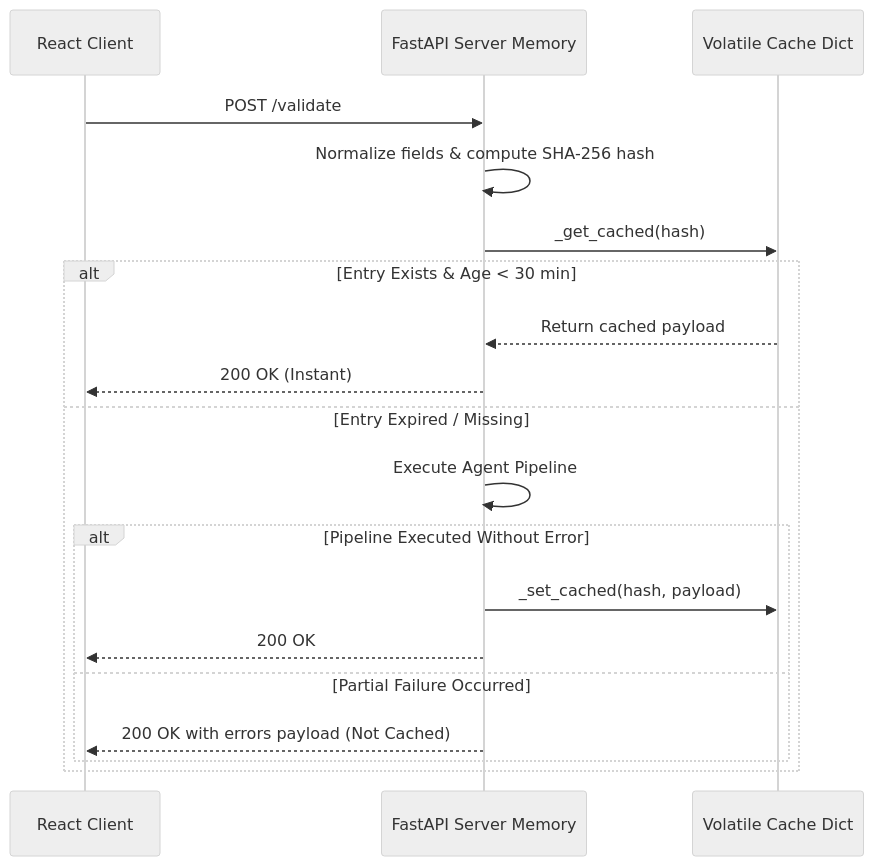
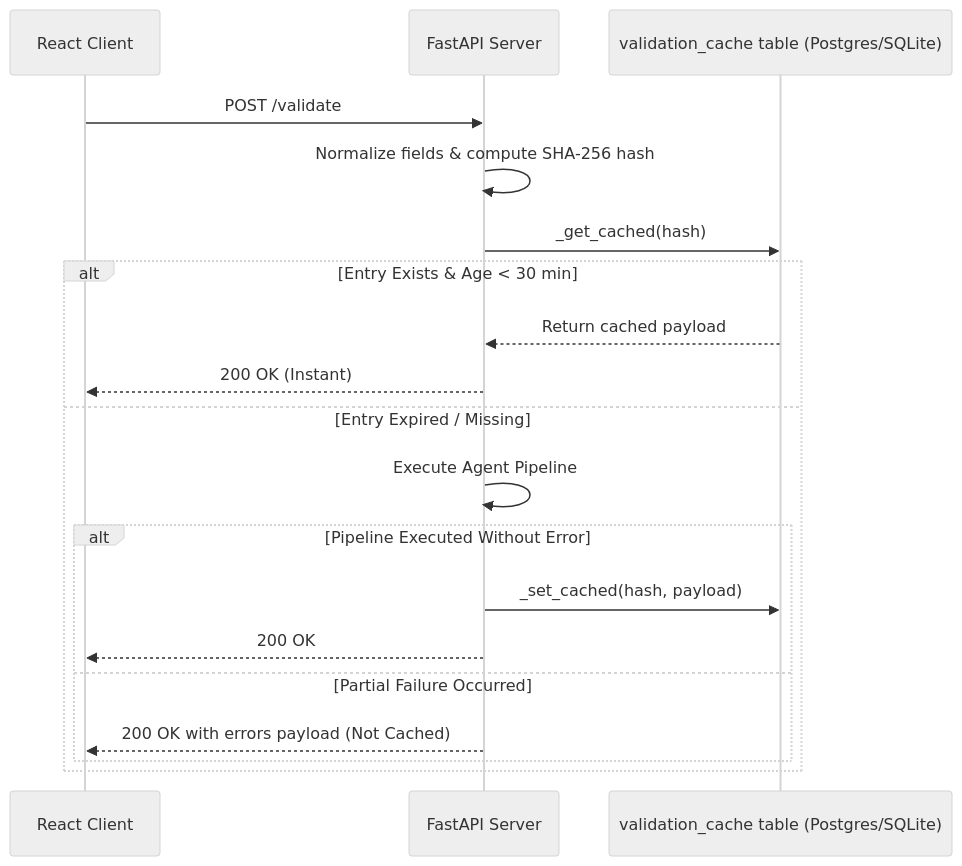
Before and after one commit to Yasaswini-ch/Development-of-AI-Based-Startup-Idea-Validator-with-Market-Analysis-Assistance: the fourth of 11 diagrams in docs/12_AFFINITY_VISUAL_ARCHITECTURE_DIAGRAM_GALLERY.md, drawn with Mermaid (neutral theme). The commit also changed other lines of this file and 25 other files, not shown here.

````diff
--- a/docs/12_AFFINITY_VISUAL_ARCHITECTURE_DIAGRAM_GALLERY.md
+++ b/docs/12_AFFINITY_VISUAL_ARCHITECTURE_DIAGRAM_GALLERY.md
@@ -140,22 +168,22 @@
 ```mermaid
 sequenceDiagram
     participant Client as React Client
-    participant Server as FastAPI Server Memory
-    participant Cache as Volatile Cache Dict
+    participant Server as FastAPI Server
+    participant Cache as validation_cache table (Postgres/SQLite)
 
     Client->>Server: POST /validate
     Server->>Server: Normalize fields & compute SHA-256 hash
     Server->>Cache: _get_cached(hash)
     alt Entry Exists & Age < 30 min
         Cache-->>Server: Return cached payload
         Server-->>Client: 200 OK (Instant)
     else Entry Expired / Missing
         Server->>Server: Execute Agent Pipeline
         alt Pipeline Executed Without Error
             Server->>Cache: _set_cached(hash, payload)
             Server-->>Client: 200 OK
         else Partial Failure Occurred
             Server-->>Client: 200 OK with errors payload (Not Cached)
         end
     end
 ```
````
